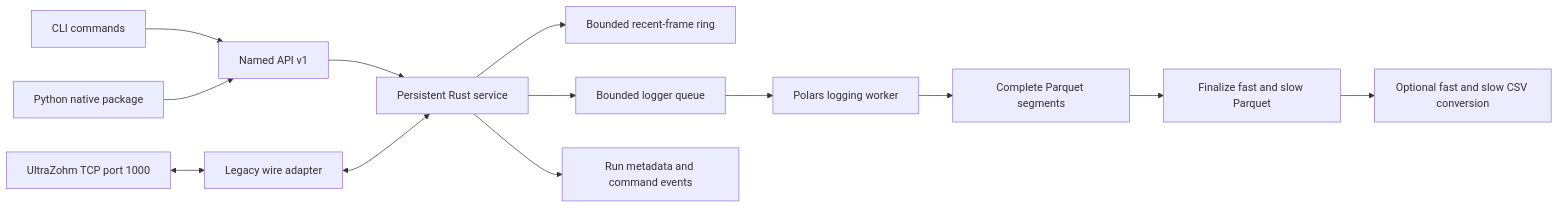
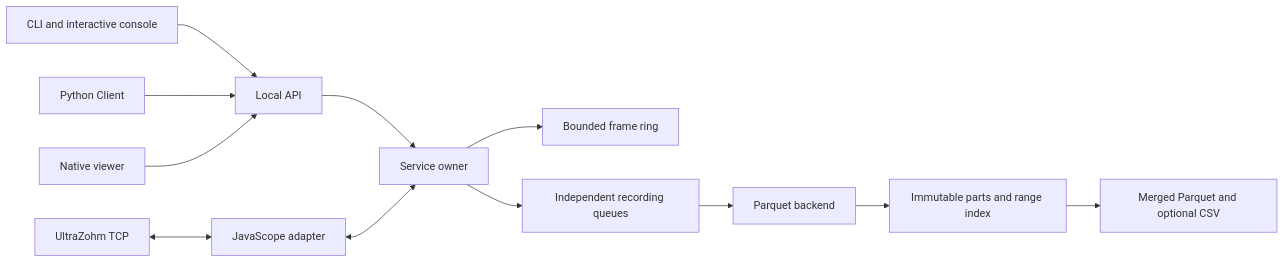
The diagram in uz_cli/docs/architecture.md (ultrazohm/ultrazohm_sw), drawn with Mermaid before and after one commit. The commit also changed other lines of this file and 1 other file, not shown here.

Commit message:
Consolidate CLI usage and architecture documentation

````diff
--- a/uz_cli/docs/architecture.md
+++ b/uz_cli/docs/architecture.md
@@ -29,15 +10,14 @@
 ```mermaid
 flowchart LR
-    CLI[CLI commands] --> API[Named API v1]
-    Python[Python native package] --> API
-    API --> Service[Persistent Rust service]
-    Device[UltraZohm TCP port 1000] <--> Codec[Legacy wire adapter]
+    CLI[CLI and interactive console] --> API[Local API]
+    Python[Python Client] --> API
+    Viewer[Native viewer] --> API
+    API --> Service[Service owner]
+    Device[UltraZohm TCP] <--> Codec[JavaScope adapter]
     Codec <--> Service
-    Service --> Ring[Bounded recent-frame ring]
-    Service --> Queue[Bounded logger queue]
-    Queue --> Polars[Polars logging worker]
-    Polars --> Parts[Complete Parquet segments]
-    Parts --> Merge[Finalize fast and slow Parquet]
-    Merge --> CSV[Optional fast and slow CSV conversion]
-    Service --> Metadata[Run metadata and command events]
+    Service --> Ring[Bounded frame ring]
+    Service --> Queue[Independent recording queues]
+    Queue --> Backend[Parquet backend]
+    Backend --> Parts[Immutable parts and range index]
+    Parts --> Export[Merged Parquet and optional CSV]
 ```
````
